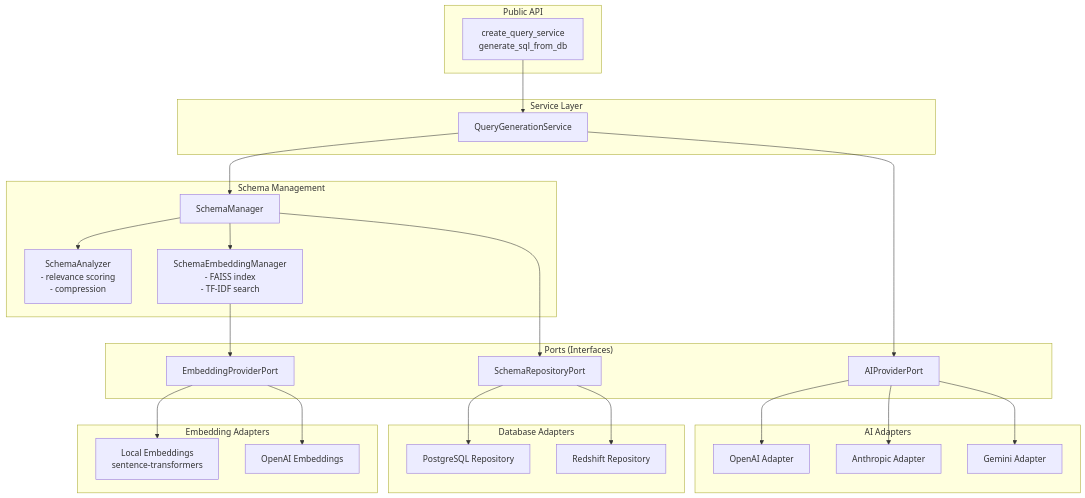
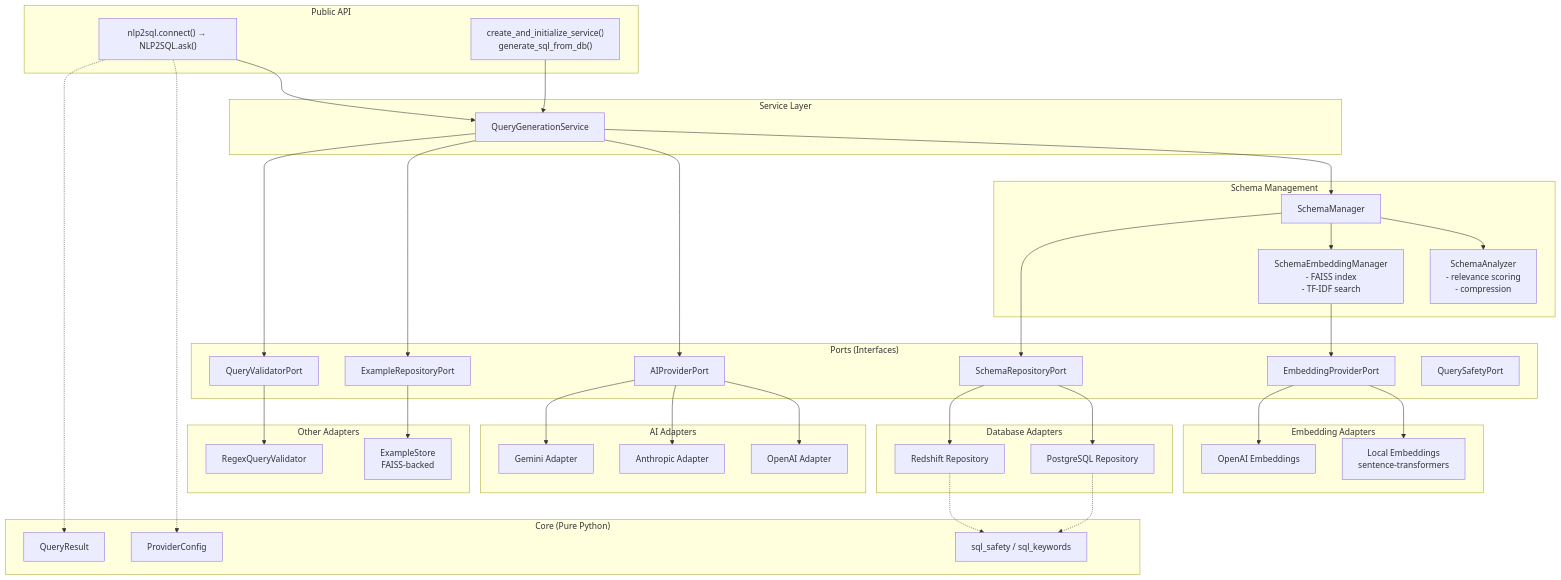
Before and after one commit to luiscarbonel1991/nlp2sql: the first of 2 diagrams in docs/ARCHITECTURE.md, drawn with Mermaid. The commit also changed other lines of this file and 38 other files, not shown here.

````diff
--- a/docs/ARCHITECTURE.md
+++ b/docs/ARCHITECTURE.md
@@ -7,53 +7,77 @@
 ```mermaid
 graph TB
     subgraph "Public API"
-        API[create_query_service<br>generate_sql_from_db]
+        DSL["nlp2sql.connect() → NLP2SQL.ask()"]
+        API["create_and_initialize_service()<br>generate_sql_from_db()"]
+    end
+
+    subgraph "Core (Pure Python)"
+        PC[ProviderConfig]
+        QR[QueryResult]
+        SS[sql_safety / sql_keywords]
     end
 
     subgraph "Service Layer"
         QGS[QueryGenerationService]
     end
 
     subgraph "Schema Management"
         SM[SchemaManager]
         SA[SchemaAnalyzer<br>- relevance scoring<br>- compression]
         SEM[SchemaEmbeddingManager<br>- FAISS index<br>- TF-IDF search]
     end
 
     subgraph "Ports (Interfaces)"
         AIP[AIProviderPort]
         SRP[SchemaRepositoryPort]
         EP[EmbeddingProviderPort]
+        ERP[ExampleRepositoryPort]
+        QVP[QueryValidatorPort]
+        QSP[QuerySafetyPort]
     end
 
     subgraph "AI Adapters"
         OA[OpenAI Adapter]
         AA[Anthropic Adapter]
         GA[Gemini Adapter]
     end
 
     subgraph "Database Adapters"
         PG[PostgreSQL Repository]
         RS[Redshift Repository]
     end
 
     subgraph "Embedding Adapters"
         LE[Local Embeddings<br>sentence-transformers]
         OE[OpenAI Embeddings]
     end
 
+    subgraph "Other Adapters"
+        ES[ExampleStore<br>FAISS-backed]
+        RQV[RegexQueryValidator]
+    end
+
+    DSL --> QGS
     API --> QGS
+    DSL -.-> PC
+    DSL -.-> QR
     QGS --> SM
     QGS --> AIP
+    QGS --> ERP
+    QGS --> QVP
     SM --> SA
     SM --> SEM
     SM --> SRP
     SEM --> EP
     AIP --> OA
     AIP --> AA
     AIP --> GA
     SRP --> PG
     SRP --> RS
     EP --> LE
     EP --> OE
+    ERP --> ES
+    QVP --> RQV
+    PG -.-> SS
+    RS -.-> SS
 ```
````
